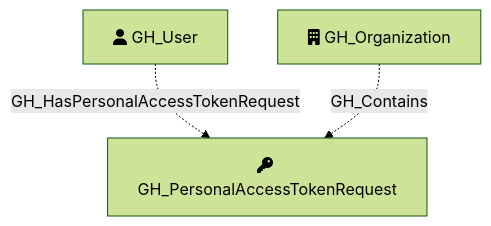
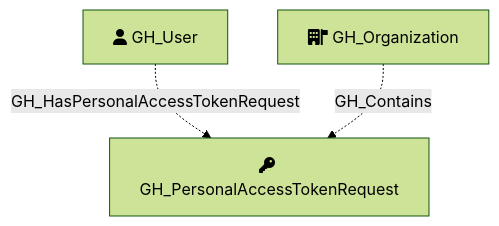
Before and after one commit to SpecterOps/GitHound: the diagram in Documentation/NodeDescriptions/GH_PersonalAccessTokenRequest.md, drawn with Mermaid (forest theme). The commit also changed 21 other files, not shown here.

First line of the commit message:
Update mermaid diagram icons to match GitHub's own iconography

````diff
--- a/Documentation/NodeDescriptions/GH_PersonalAccessTokenRequest.md
+++ b/Documentation/NodeDescriptions/GH_PersonalAccessTokenRequest.md
@@ -31,10 +31,10 @@
 ```mermaid
 flowchart TD
     GH_PersonalAccessTokenRequest[fa:fa-key GH_PersonalAccessTokenRequest]
     GH_User[fa:fa-user GH_User]
-    GH_Organization[fa:fa-building GH_Organization]
+    GH_Organization[fa:fa-building-flag GH_Organization]
 
 
     GH_User -.->|GH_HasPersonalAccessTokenRequest| GH_PersonalAccessTokenRequest
     GH_Organization -.->|GH_Contains| GH_PersonalAccessTokenRequest
 ```
````
